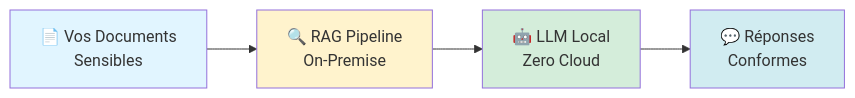
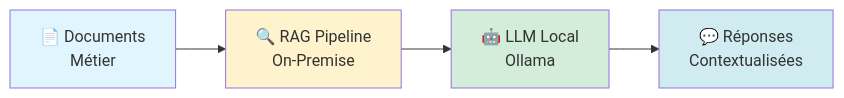
Before and after one commit to stepstev/rag-platform-2026-public: the first of 7 diagrams in README.md, drawn with Mermaid. The commit also changed other lines of this file and 1 other file, not shown here.

````diff
--- a/README.md
+++ b/README.md
@@ -19,11 +38,11 @@
 ```mermaid
 graph LR
-    A[📄 Vos Documents<br/>Sensibles] --> B[🔍 RAG Pipeline<br/>On-Premise]
-    B --> C[🤖 LLM Local<br/>Zero Cloud]
-    C --> D[💬 Réponses<br/>Conformes]
+    A[📄 Documents<br/>Métier] --> B[🔍 RAG Pipeline<br/>On-Premise]
+    B --> C[🤖 LLM Local<br/>Ollama]
+    C --> D[💬 Réponses<br/>Contextualisées]
     
     style A fill:#e1f5ff
     style B fill:#fff3cd
     style C fill:#d4edda
     style D fill:#d1ecf1
 ```
````
